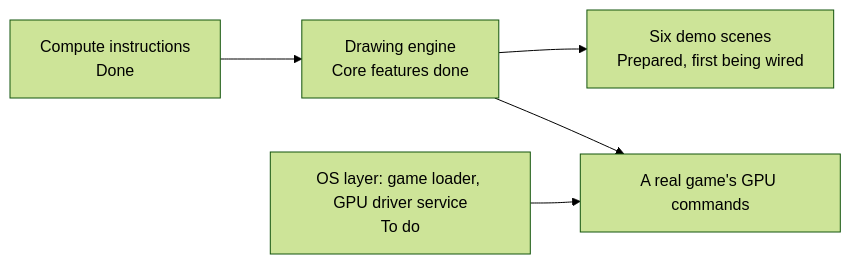
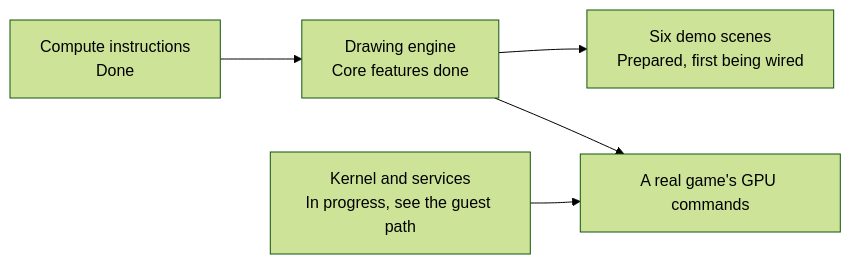
One commit to 0xNikilite/oboromi changed the diagram in docs/architecture/roadmap.md. Above: the diagram before and after it, drawn with Mermaid (forest theme). The commit also changed other lines of this file and 7 other files, not shown here.

Commit message:
Show the sprites, post-effect and particles clips and update the roadmap

````diff
--- a/docs/architecture/roadmap.md
+++ b/docs/architecture/roadmap.md
@@ -7,7 +7,7 @@
 ```mermaid
 flowchart LR
     A["Compute instructions<br/>Done"] --> B["Drawing engine<br/>Core features done"]
     B --> C["Six demo scenes<br/>Prepared, first being wired"]
-    D["OS layer: game loader, GPU driver service<br/>To do"] --> E["A real game's GPU commands"]
+    D["Kernel and services<br/>In progress, see the guest path"] --> E["A real game's GPU commands"]
     B --> E
 ```
````
